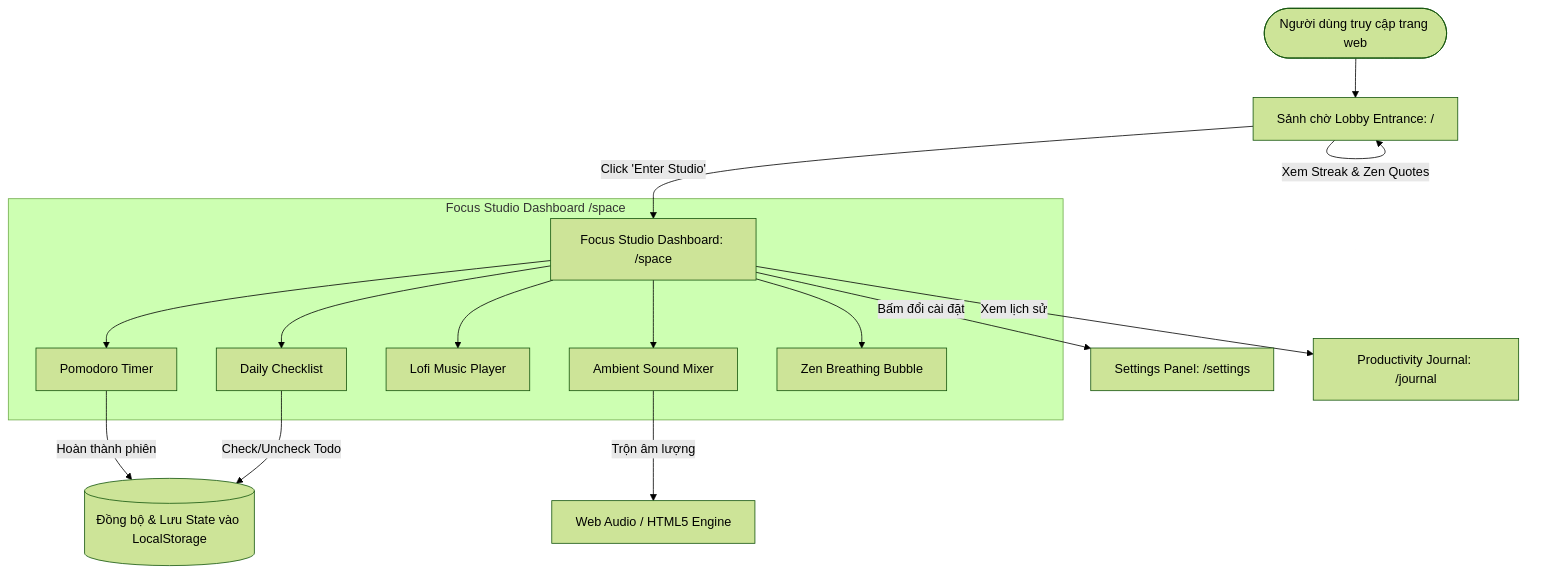
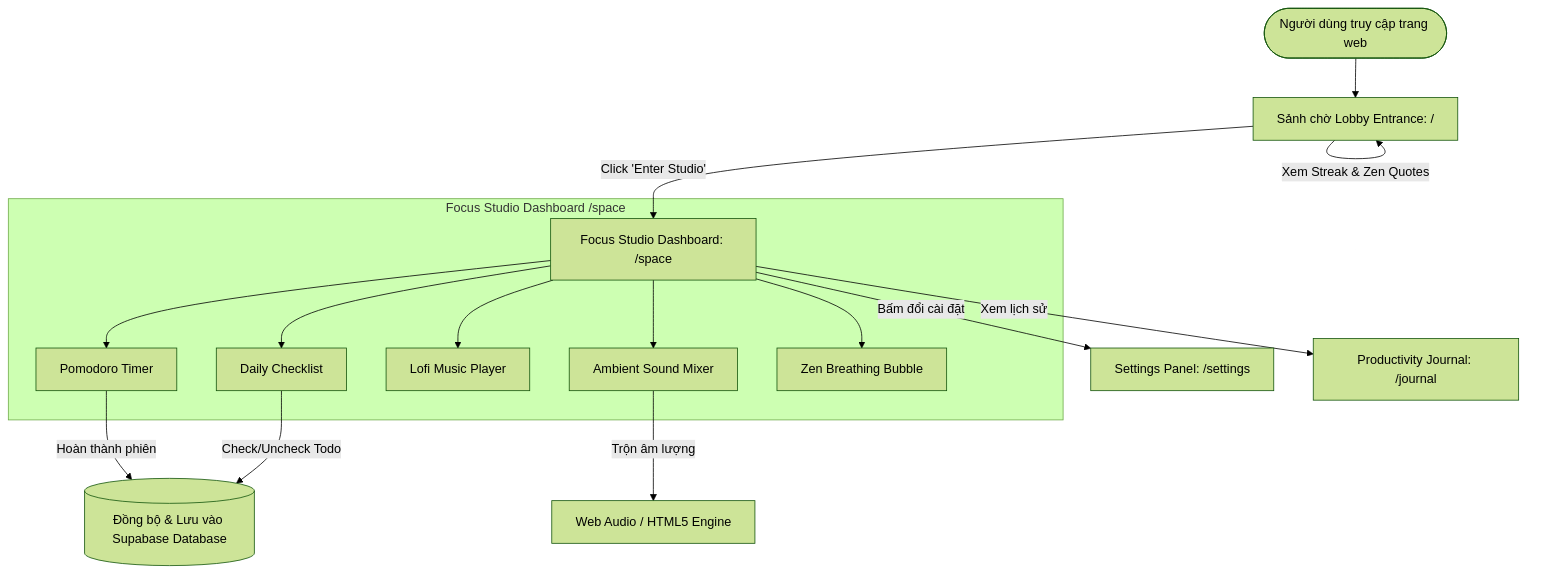
One commit to thanhmati/antigravity-vibe-coding-course changed the diagram in docs/section-07-vibe-coding/lesson-02-prd-and-project-planning.md. Above: the diagram before and after it, drawn with Mermaid (forest theme). The commit also changed other lines of this file and 7 other files, not shown here.

````diff
--- a/docs/section-07-vibe-coding/lesson-02-prd-and-project-planning.md
+++ b/docs/section-07-vibe-coding/lesson-02-prd-and-project-planning.md
@@ -89,21 +89,21 @@
 ```mermaid
 graph TD
     Start([Người dùng truy cập trang web]) --> Lobby[Sảnh chờ Lobby Entrance: /]
     Lobby -->|Xem Streak & Zen Quotes| Lobby
     Lobby -->|Click 'Enter Studio'| Studio[Focus Studio Dashboard: /space]
     
     subgraph "Focus Studio Dashboard /space"
         Studio --> Widget1[Pomodoro Timer]
         Studio --> Widget2[Ambient Sound Mixer]
         Studio --> Widget3[Lofi Music Player]
         Studio --> Widget4[Daily Checklist]
         Studio --> Widget5[Zen Breathing Bubble]
     end
     
     Studio -->|Bấm đổi cài đặt| Settings[Settings Panel: /settings]
     Studio -->|Xem lịch sử| Journal[Productivity Journal: /journal]
     
-    Widget1 -->|Hoàn thành phiên| LocalStorage[(Đồng bộ & Lưu State vào LocalStorage)]
-    Widget4 -->|Check/Uncheck Todo| LocalStorage
+    Widget1 -->|Hoàn thành phiên| Supabase[(Đồng bộ & Lưu vào Supabase Database)]
+    Widget4 -->|Check/Uncheck Todo| Supabase
     Widget2 -->|Trộn âm lượng| AudioEngine[Web Audio / HTML5 Engine]
 ```
````
